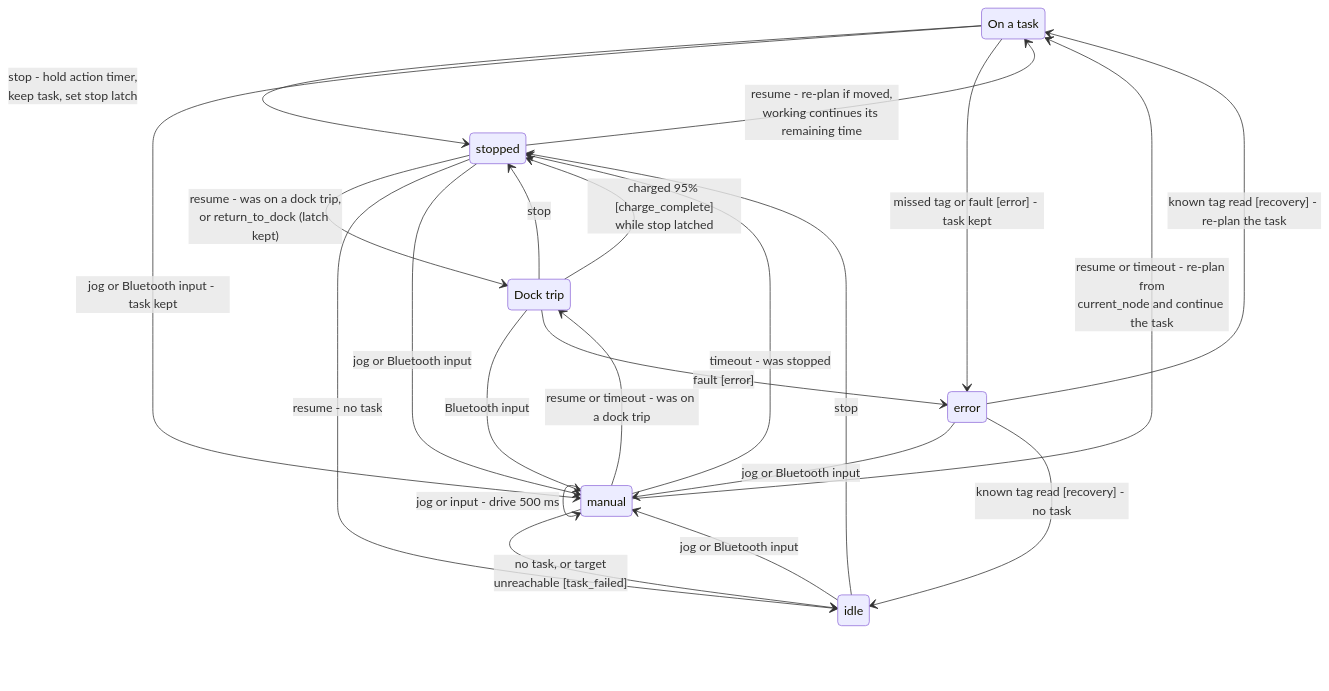
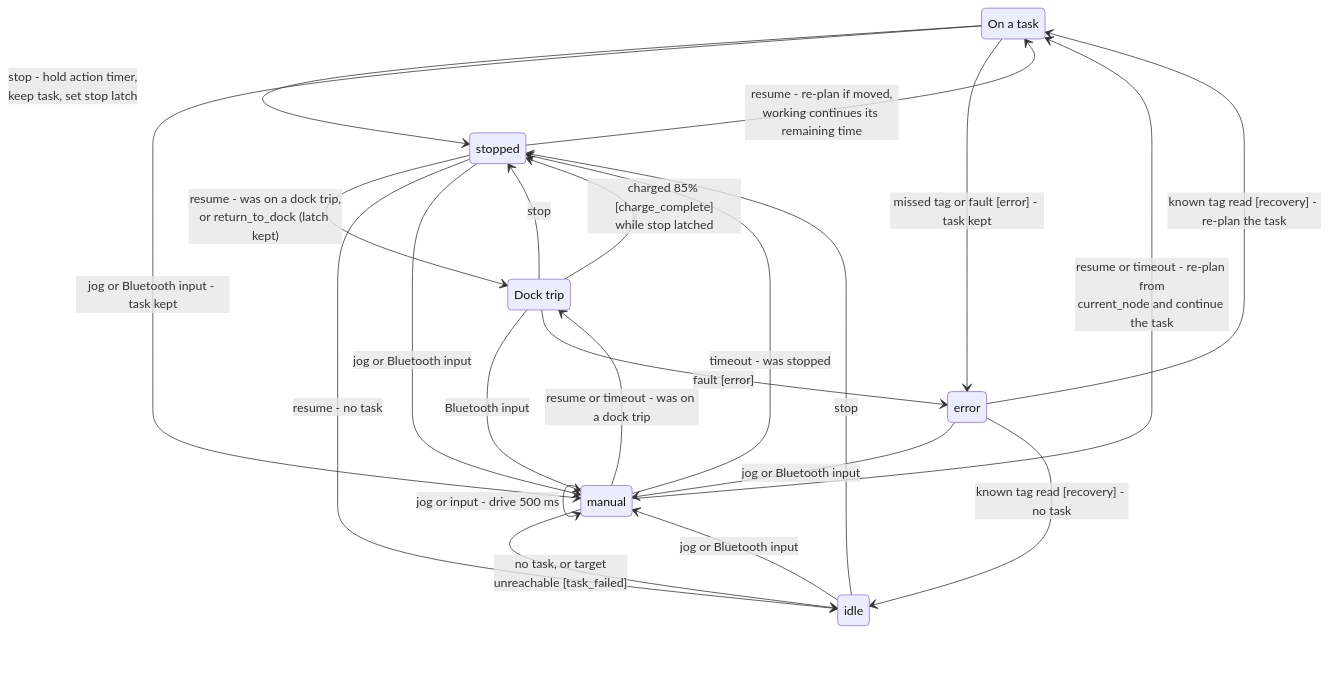
Before and after one commit to Ca1eb9/verdant-os: the second of 2 diagrams in firmware/esp32/docs/state-machine.md, drawn with Mermaid. The commit also changed other lines of this file and 21 other files, not shown here.

````diff
--- a/firmware/esp32/docs/state-machine.md
+++ b/firmware/esp32/docs/state-machine.md
@@ -43,29 +43,29 @@
 ```mermaid
 stateDiagram-v2
     state "On a task" as OnTask
     state "Dock trip" as DockTrip
 
     idle --> stopped : stop
     OnTask --> stopped : stop - hold action timer,<br/>keep task, set stop latch
     DockTrip --> stopped : stop
     stopped --> OnTask : resume - re-plan if moved,<br/>working continues its remaining time
     stopped --> DockTrip : resume - was on a dock trip,<br/>or return_to_dock (latch kept)
     stopped --> idle : resume - no task
-    DockTrip --> stopped : charged 95% [charge_complete]<br/>while stop latched
+    DockTrip --> stopped : charged 85% [charge_complete]<br/>while stop latched
 
     idle --> manual : jog or Bluetooth input
     OnTask --> manual : jog or Bluetooth input - task kept
     stopped --> manual : jog or Bluetooth input
     error --> manual : jog or Bluetooth input
     DockTrip --> manual : Bluetooth input
     manual --> manual : jog or input - drive 500 ms
     manual --> OnTask : resume or timeout - re-plan from<br/>current_node and continue the task
     manual --> DockTrip : resume or timeout - was on a dock trip
     manual --> stopped : timeout - was stopped
     manual --> idle : no task, or target<br/>unreachable [task_failed]
 
     OnTask --> error : missed tag or fault [error] - task kept
     DockTrip --> error : fault [error]
     error --> OnTask : known tag read [recovery] - re-plan the task
     error --> idle : known tag read [recovery] - no task
 ```
````
